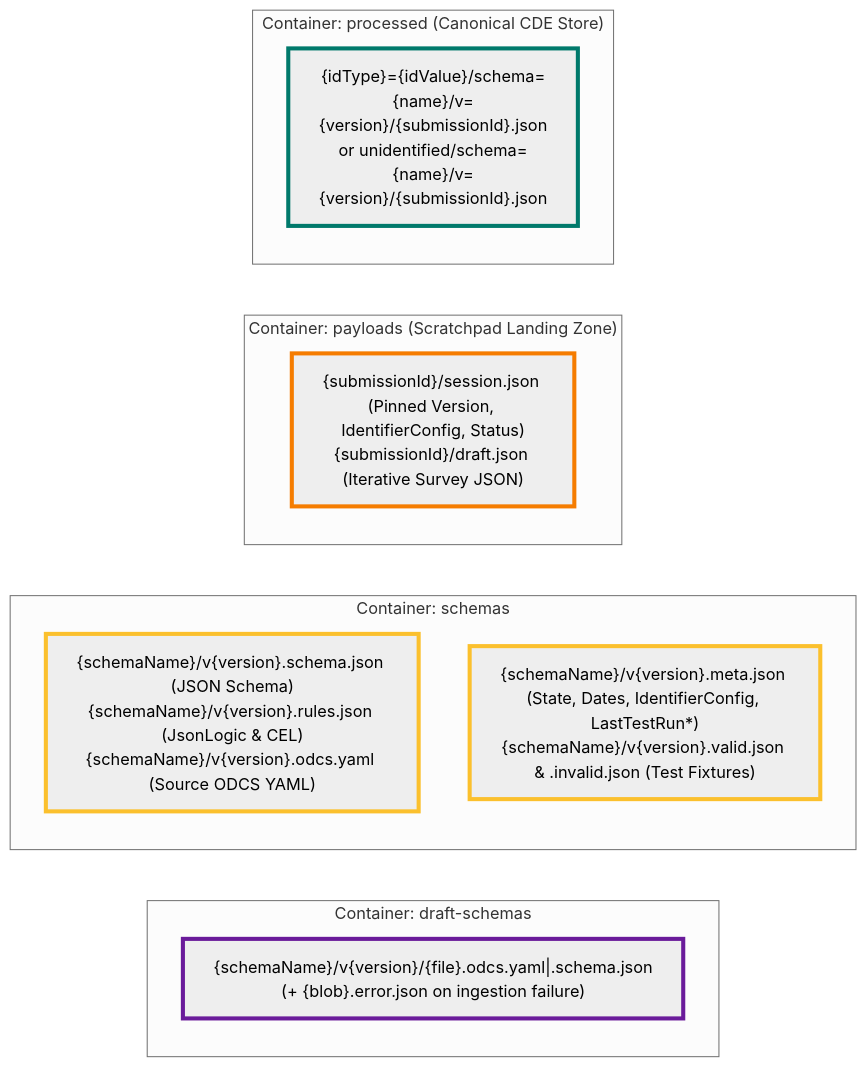
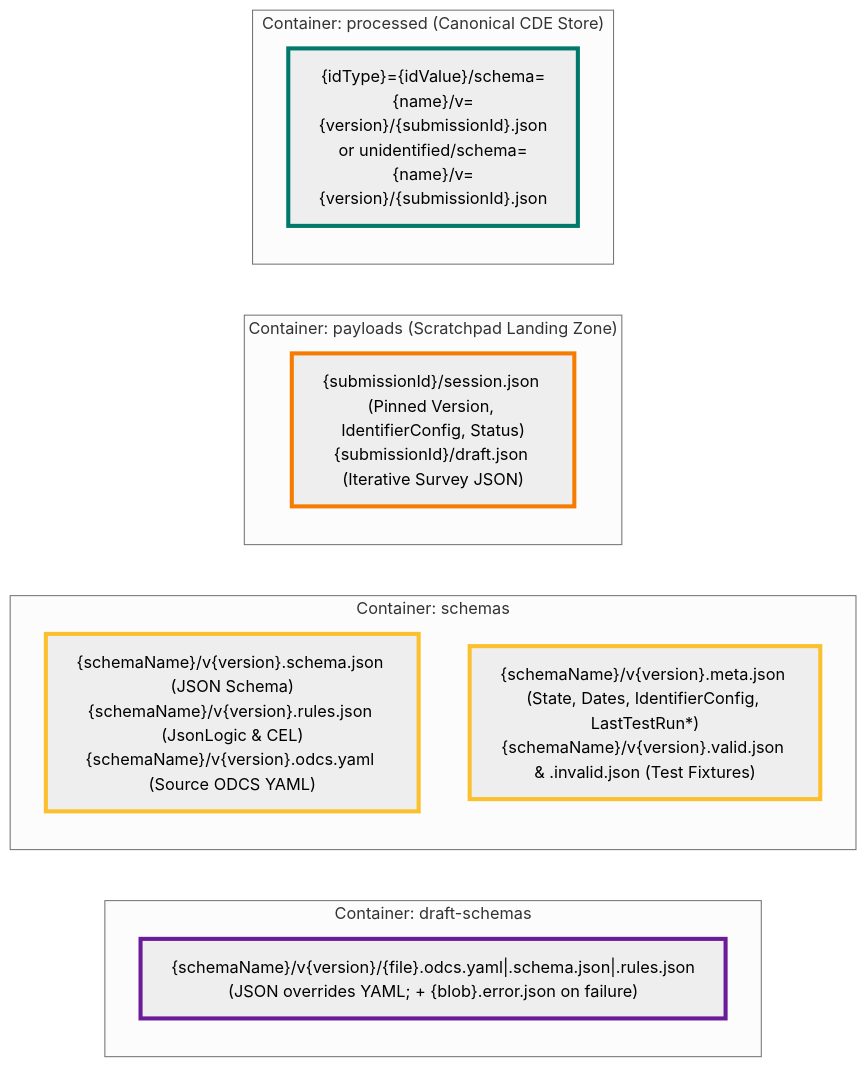
Before and after one commit to DFE-Digital/estate-data-collection: the second of 4 diagrams in ARCHITECTURE.md, drawn with Mermaid (neutral theme). The commit also changed other lines of this file and 13 other files, not shown here.

````diff
--- a/ARCHITECTURE.md
+++ b/ARCHITECTURE.md
@@ -78,24 +78,24 @@
 ```mermaid
 graph LR
     classDef draft stroke:#6a1b9a,stroke-width:4px;
     classDef schemas stroke:#fbc02d,stroke-width:4px;
     classDef payloads stroke:#f57c00,stroke-width:4px;
     classDef processed stroke:#00796b,stroke-width:4px;
 
     subgraph D_Container["Container: draft-schemas"]
-        D1["{schemaName}/v{version}/{file}.odcs.yaml|.schema.json<br/>(+ {blob}.error.json on ingestion failure)"]:::draft
+        D1["{schemaName}/v{version}/{file}.odcs.yaml|.schema.json|.rules.json<br/>(JSON overrides YAML; + {blob}.error.json on failure)"]:::draft
     end
 
     subgraph S_Container["Container: schemas"]
         S1["{schemaName}/v{version}.schema.json (JSON Schema)<br/>{schemaName}/v{version}.rules.json (JsonLogic &amp; CEL)<br/>{schemaName}/v{version}.odcs.yaml (Source ODCS YAML)"]:::schemas
         S2["{schemaName}/v{version}.meta.json (State, Dates, IdentifierConfig, LastTestRun*)<br/>{schemaName}/v{version}.valid.json &amp; .invalid.json (Test Fixtures)"]:::schemas
     end
 
     subgraph P_Container["Container: payloads (Scratchpad Landing Zone)"]
         P1["{submissionId}/session.json (Pinned Version, IdentifierConfig, Status)<br/>{submissionId}/draft.json (Iterative Survey JSON)"]:::payloads
     end
 
     subgraph Pr_Container["Container: processed (Canonical CDE Store)"]
         Pr1["{idType}={idValue}/schema={name}/v={version}/{submissionId}.json<br/>or unidentified/schema={name}/v={version}/{submissionId}.json"]:::processed
     end
 ```
````
